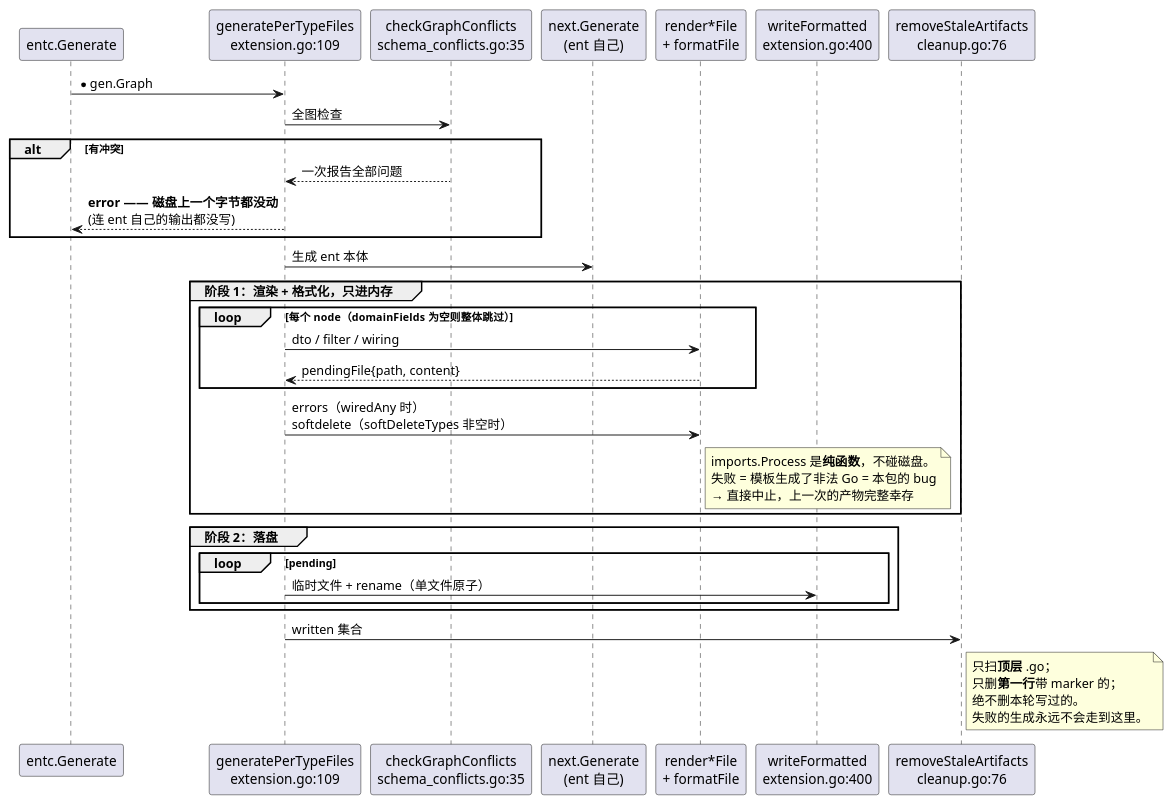
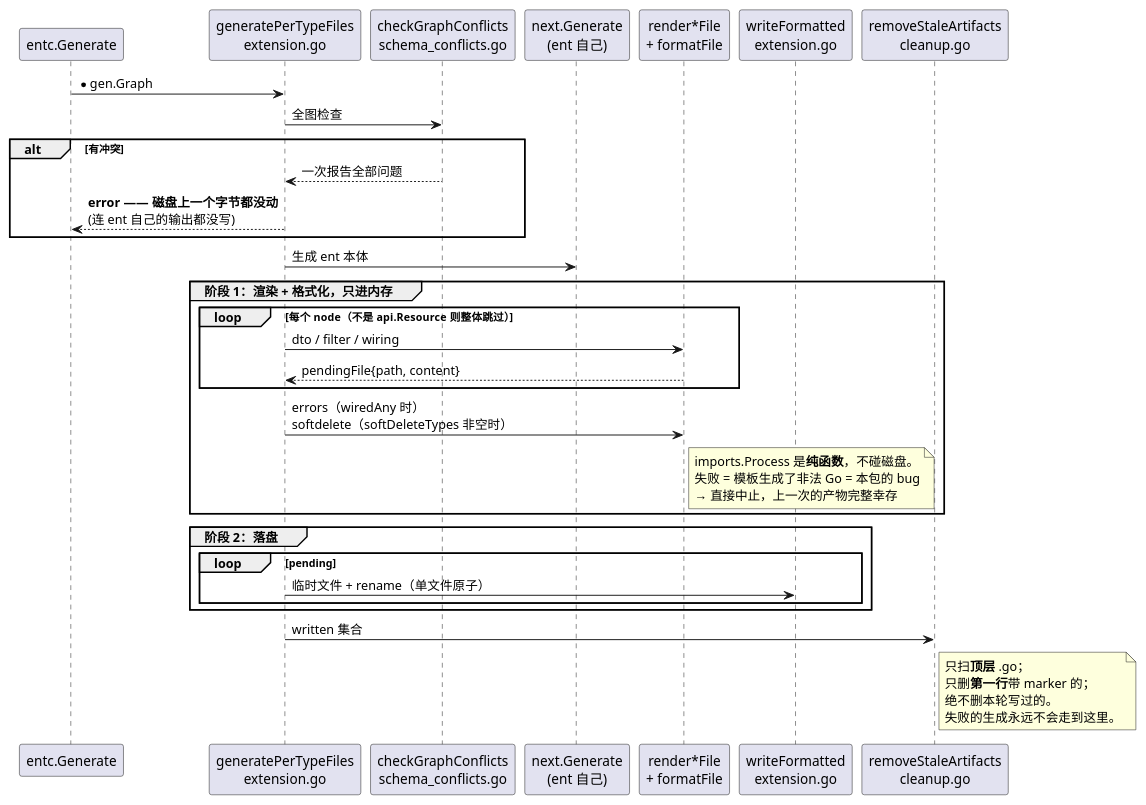
Before and after one commit to githonllc/entapi: the fourth of 5 diagrams in docs/ARCHITECTURE.md, drawn with PlantUML. The commit also changed other lines of this file and 205 other files, not shown here.

````diff
--- a/docs/ARCHITECTURE.md
+++ b/docs/ARCHITECTURE.md
@@ -280,44 +297,44 @@
 ```plantuml
 @startuml
 skinparam shadowing false
 participant "entc.Generate" as ENTC
-participant "generatePerTypeFiles\nextension.go:109" as HOOK
-participant "checkGraphConflicts\nschema_conflicts.go:35" as CONF
+participant "generatePerTypeFiles\nextension.go" as HOOK
+participant "checkGraphConflicts\nschema_conflicts.go" as CONF
 participant "next.Generate\n(ent 自己)" as NEXT
 participant "render*File\n+ formatFile" as REND
-participant "writeFormatted\nextension.go:400" as WRITE
-participant "removeStaleArtifacts\ncleanup.go:76" as CLEAN
+participant "writeFormatted\nextension.go" as WRITE
+participant "removeStaleArtifacts\ncleanup.go" as CLEAN
 
 ENTC -> HOOK : *gen.Graph
 HOOK -> CONF : 全图检查
 alt 有冲突
   CONF --> HOOK : 一次报告全部问题
   HOOK --> ENTC : **error —— 磁盘上一个字节都没动**\n(连 ent 自己的输出都没写)
 end
 HOOK -> NEXT : 生成 ent 本体
 group **阶段 1：渲染 + 格式化，只进内存**
-  loop 每个 node（domainFields 为空则整体跳过）
+  loop 每个 node（不是 api.Resource 则整体跳过）
     HOOK -> REND : dto / filter / wiring
     REND --> HOOK : pendingFile{path, content}
   end
   HOOK -> REND : errors（wiredAny 时）\nsoftdelete（softDeleteTypes 非空时）
   note right of REND
     imports.Process 是**纯函数**，不碰磁盘。
     失败 = 模板生成了非法 Go = 本包的 bug
     → 直接中止，上一次的产物完整幸存
   end note
 end
 group **阶段 2：落盘**
   loop pending
     HOOK -> WRITE : 临时文件 + rename（单文件原子）
   end
 end
 HOOK -> CLEAN : written 集合
 note right of CLEAN
   只扫**顶层** .go；
   只删**第一行**带 marker 的；
   绝不删本轮写过的。
   失败的生成永远不会走到这里。
 end note
 @enduml
 ```
````
